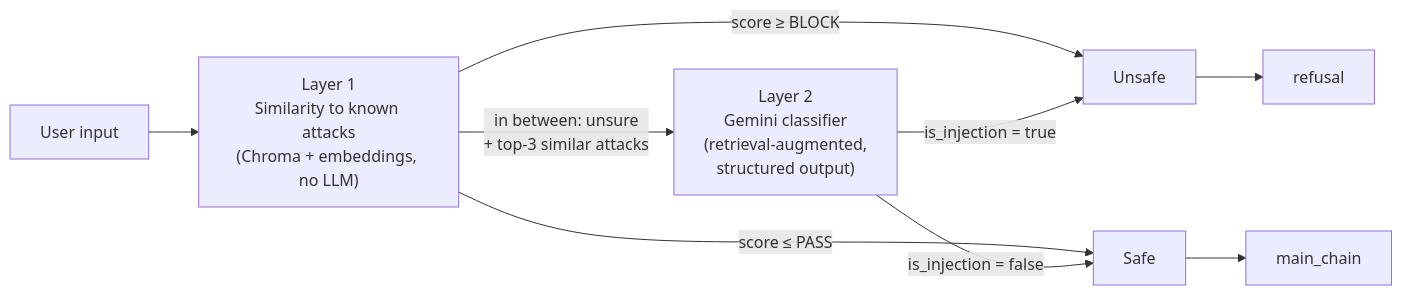
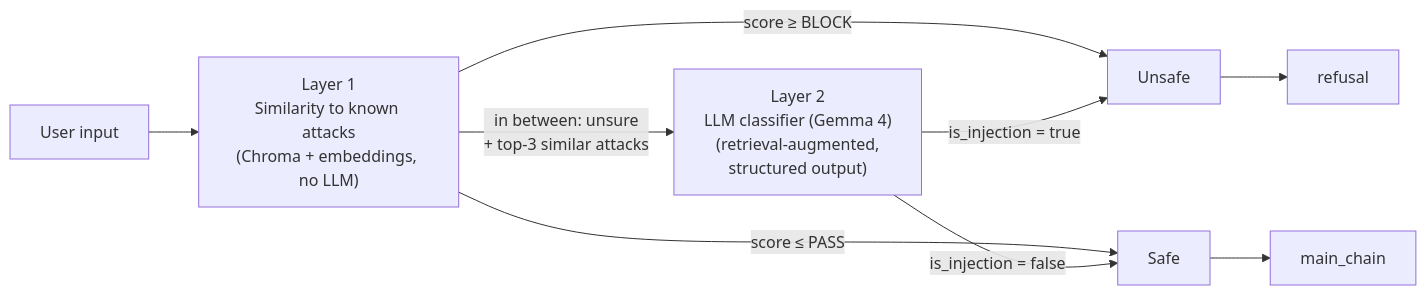
Before and after one commit to rafimm/rag-prompt-injection-guard: the first of 2 diagrams in docs/ARCHITECTURE.md, drawn with Mermaid. The commit also changed other lines of this file and 11 other files, not shown here.

````diff
--- a/docs/ARCHITECTURE.md
+++ b/docs/ARCHITECTURE.md
@@ -10,11 +10,11 @@
 ```mermaid
 flowchart LR
     U[User input] --> L1["Layer 1<br/>Similarity to known attacks<br/>(Chroma + embeddings, no LLM)"]
     L1 -->|score ≥ BLOCK| X[Unsafe]
     L1 -->|score ≤ PASS| S[Safe]
-    L1 -->|in between: unsure<br/>+ top-3 similar attacks| L2["Layer 2<br/>Gemini classifier<br/>(retrieval-augmented,<br/>structured output)"]
+    L1 -->|in between: unsure<br/>+ top-3 similar attacks| L2["Layer 2<br/>LLM classifier (Gemma 4)<br/>(retrieval-augmented,<br/>structured output)"]
     L2 -->|is_injection = true| X
     L2 -->|is_injection = false| S
     S --> M[main_chain]
     X --> R[refusal]
 ```
````
